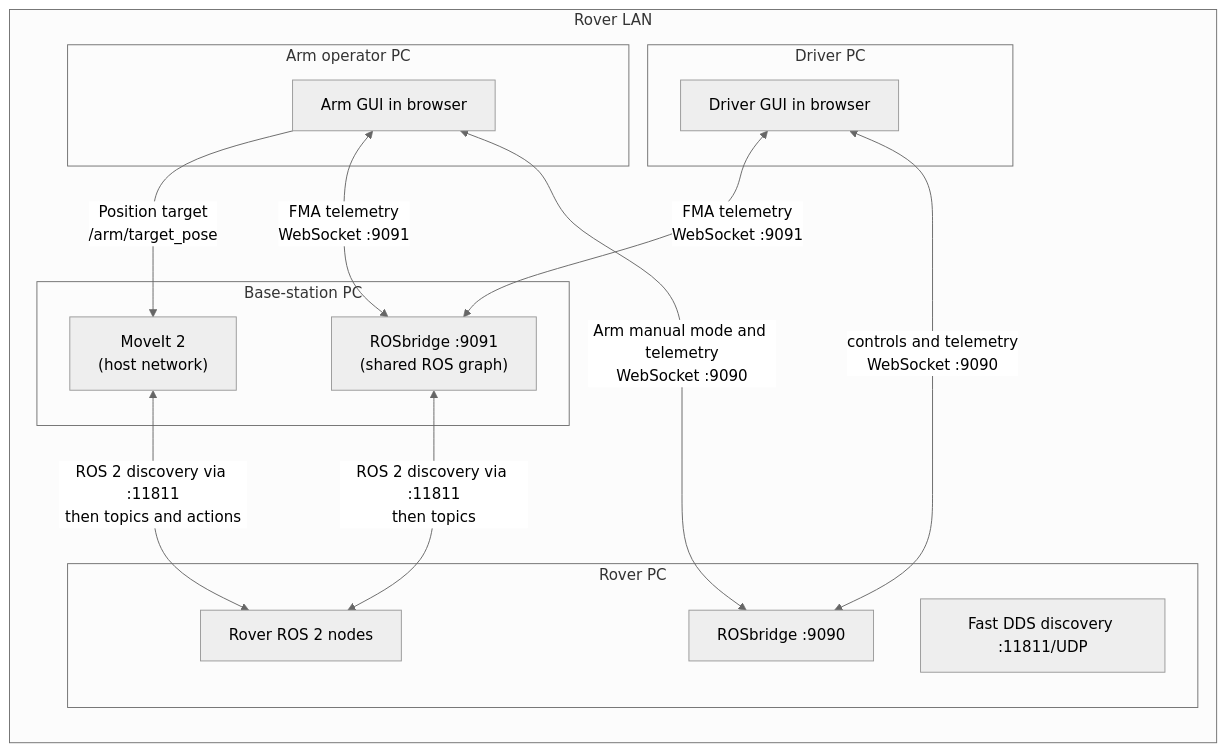
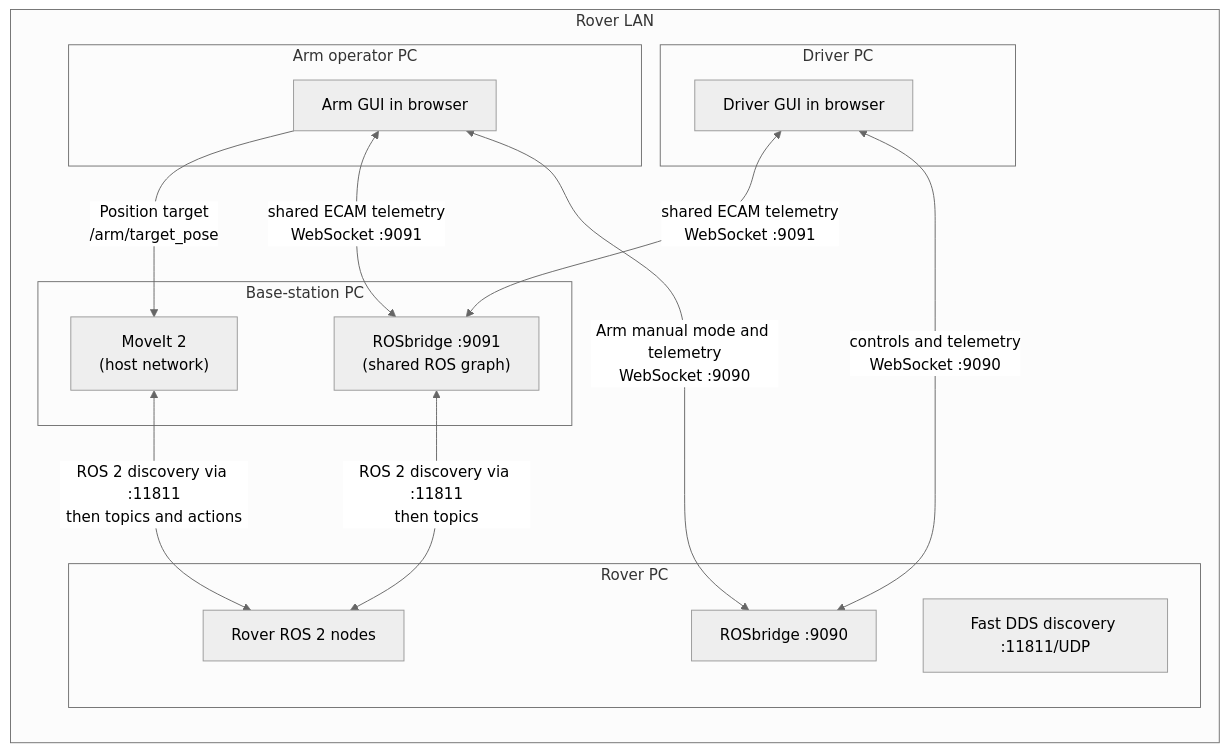
Before and after one commit to deakin-robotics/Chasmata-2027: the first of 2 diagrams in basestation/docs/networking.md, drawn with Mermaid (neutral theme). The commit also changed other lines of this file and 10 other files, not shown here.

Commit message:
Use Rover directly for FMA telemetry

````diff
--- a/basestation/docs/networking.md
+++ b/basestation/docs/networking.md
@@ -11,32 +11,32 @@
 ```mermaid
 flowchart LR
     subgraph lan["Rover LAN"]
         subgraph roverPC["Rover PC"]
             ros["Rover ROS 2 nodes"]
             bridge["ROSbridge :9090"]
             discovery["Fast DDS discovery :11811/UDP"]
         end
 
         subgraph basePC["Base-station PC"]
             moveit["MoveIt 2\n(host network)"]
             baseBridge["ROSbridge :9091\n(shared ROS graph)"]
         end
 
         subgraph driverPC["Driver PC"]
             driver["Driver GUI in browser"]
         end
 
         subgraph armPC["Arm operator PC"]
             arm["Arm GUI in browser"]
         end
 
         driver <-->|"controls and telemetry\nWebSocket :9090"| bridge
         arm <-->|"Arm manual mode and telemetry\nWebSocket :9090"| bridge
-        driver <-->|"FMA telemetry\nWebSocket :9091"| baseBridge
-        arm <-->|"FMA telemetry\nWebSocket :9091"| baseBridge
+        driver <-->|"shared ECAM telemetry\nWebSocket :9091"| baseBridge
+        arm <-->|"shared ECAM telemetry\nWebSocket :9091"| baseBridge
         moveit <-->|"ROS 2 discovery via :11811\nthen topics and actions"| ros
         baseBridge <-->|"ROS 2 discovery via :11811\nthen topics"| ros
         arm -->|"Position target\n/arm/target_pose"| moveit
     end
 
 ```
````
